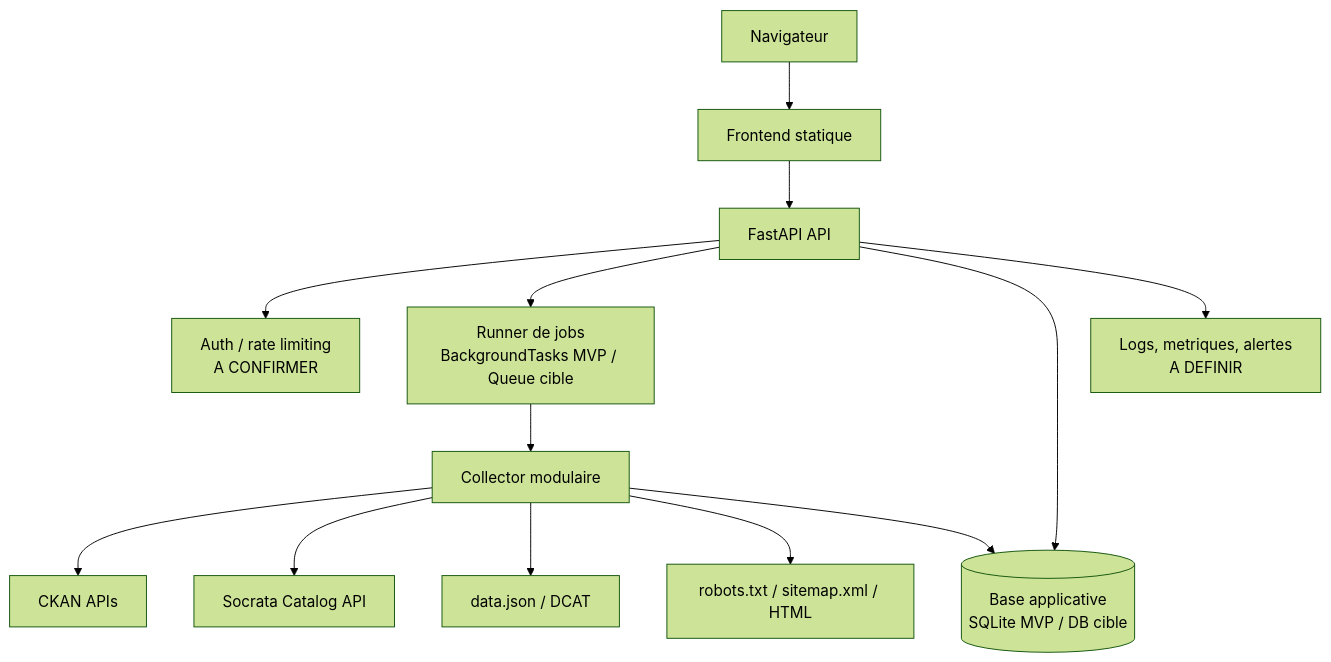
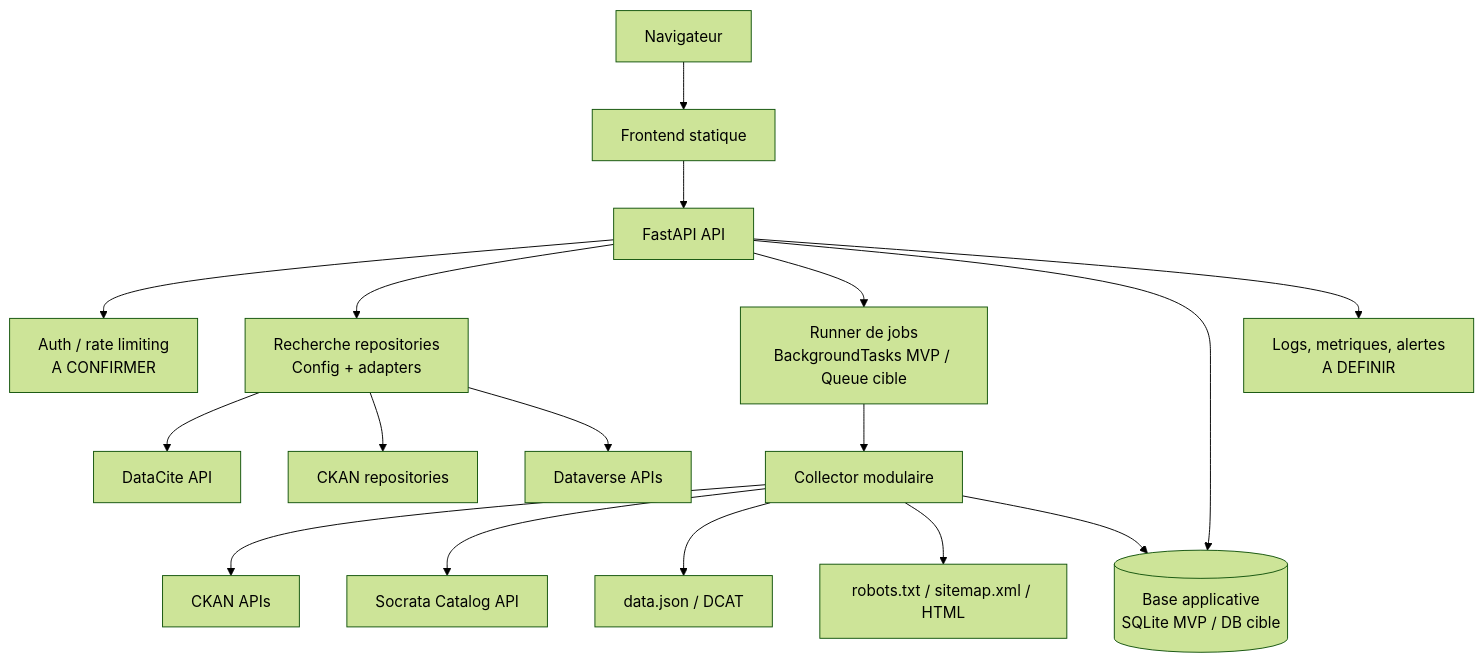
One commit to nicolasberlin/global-health-dataset-catalog changed the second of 10 diagrams in docs/technical-design-document.md. Above: the diagram before and after it, drawn with Mermaid (forest theme). The commit also changed other lines of this file and 6 other files, not shown here.

Commit message:
Add repository API search pipeline

````diff
--- a/docs/technical-design-document.md
+++ b/docs/technical-design-document.md
@@ -267,15 +271,19 @@
 ```mermaid
 flowchart TB
     Browser["Navigateur"] --> Web["Frontend statique"]
     Web --> Api["FastAPI API"]
     Api --> Auth["Auth / rate limiting\nA CONFIRMER"]
+    Api --> RepoSearch["Recherche repositories\nConfig + adapters"]
     Api --> JobRunner["Runner de jobs\nBackgroundTasks MVP / Queue cible"]
     Api --> Store[("Base applicative\nSQLite MVP / DB cible")]
+    RepoSearch --> DataCite["DataCite API"]
+    RepoSearch --> RepoCKAN["CKAN repositories"]
+    RepoSearch --> Dataverse["Dataverse APIs"]
     JobRunner --> Collector["Collector modulaire"]
     Collector --> CKAN["CKAN APIs"]
     Collector --> Socrata["Socrata Catalog API"]
     Collector --> DataJson["data.json / DCAT"]
     Collector --> Sitemap["robots.txt / sitemap.xml / HTML"]
     Collector --> Store
     Api --> Logs["Logs, metriques, alertes\nA DEFINIR"]
 ```
````
